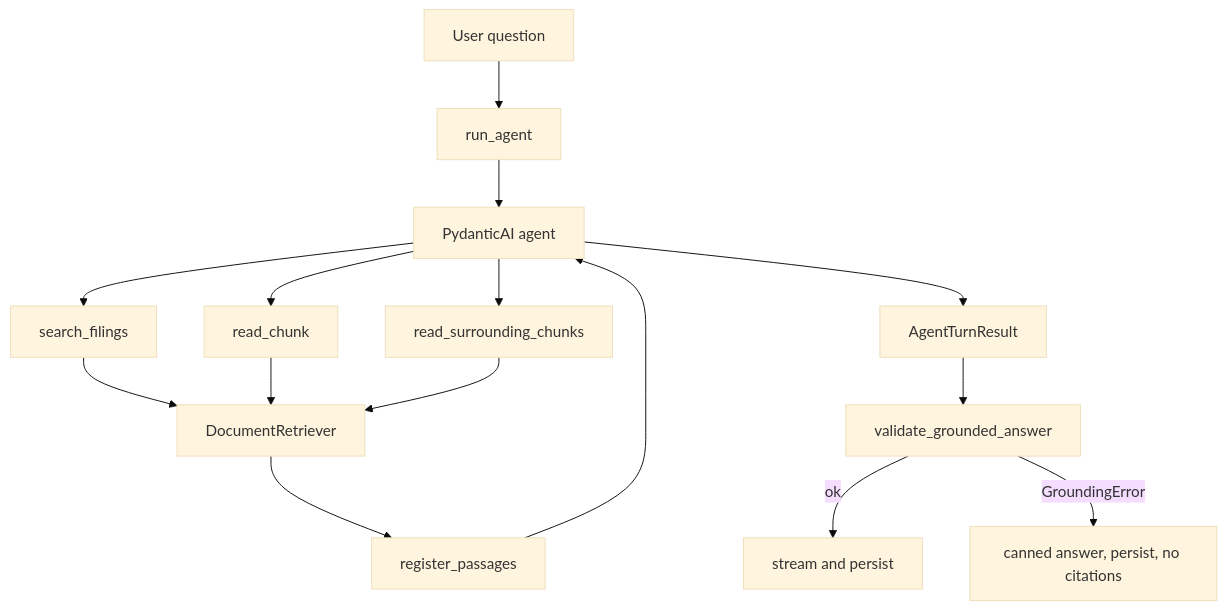
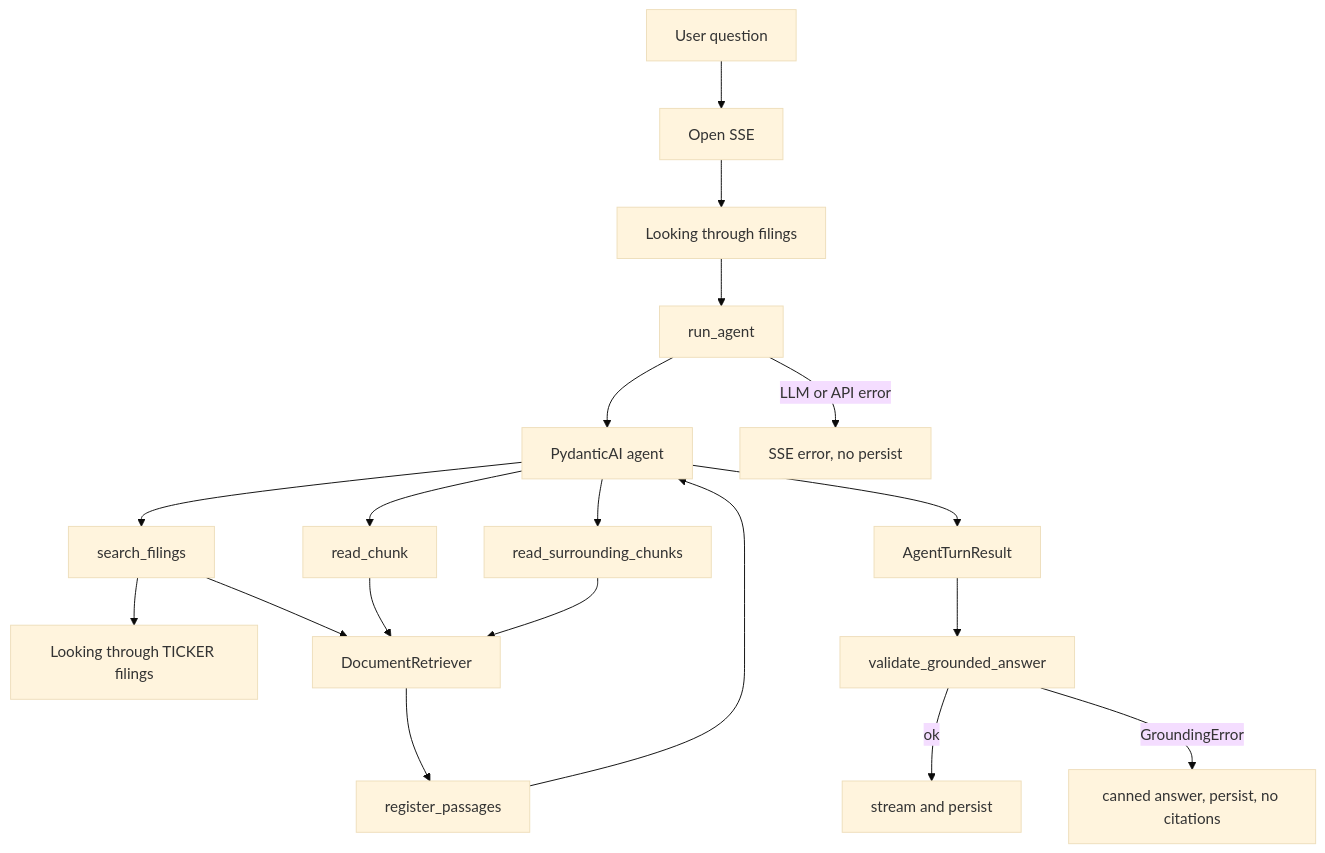
Before and after one commit to borbalita/folio: the diagram in backend/app/assistant/README.md, drawn with Mermaid (base theme). The commit also changed other lines of this file and 10 other files, not shown here.

````diff
--- a/backend/app/assistant/README.md
+++ b/backend/app/assistant/README.md
@@ -9,17 +9,21 @@
 ```mermaid
 flowchart TD
-    userText[User question] --> runAgent[run_agent]
+    userText[User question] --> sse[Open SSE]
+    sse --> status["Looking through filings"]
+    status --> runAgent[run_agent]
     runAgent --> llm[PydanticAI agent]
     llm --> searchFilings[search_filings]
     llm --> readChunk[read_chunk]
     llm --> readAround[read_surrounding_chunks]
+    searchFilings --> tickerStatus["Looking through TICKER filings"]
     searchFilings --> retriever[DocumentRetriever]
     readChunk --> retriever
     readAround --> retriever
     retriever --> register[register_passages]
     register --> llm
     llm --> result[AgentTurnResult]
     result --> validate[validate_grounded_answer]
     validate -->|ok| stream[stream and persist]
     validate -->|GroundingError| canned[canned answer, persist, no citations]
+    runAgent -->|LLM or API error| streamErr[SSE error, no persist]
 ```
````
